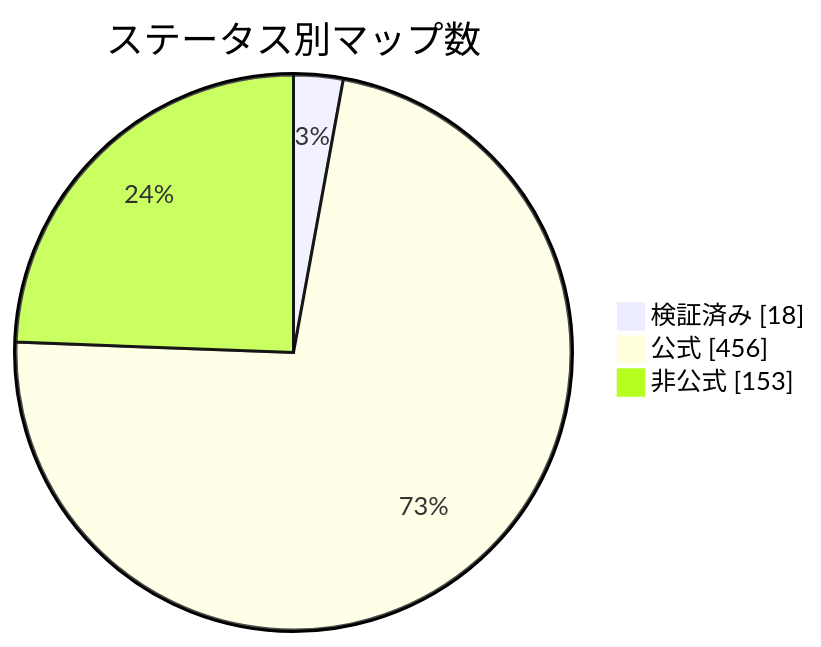
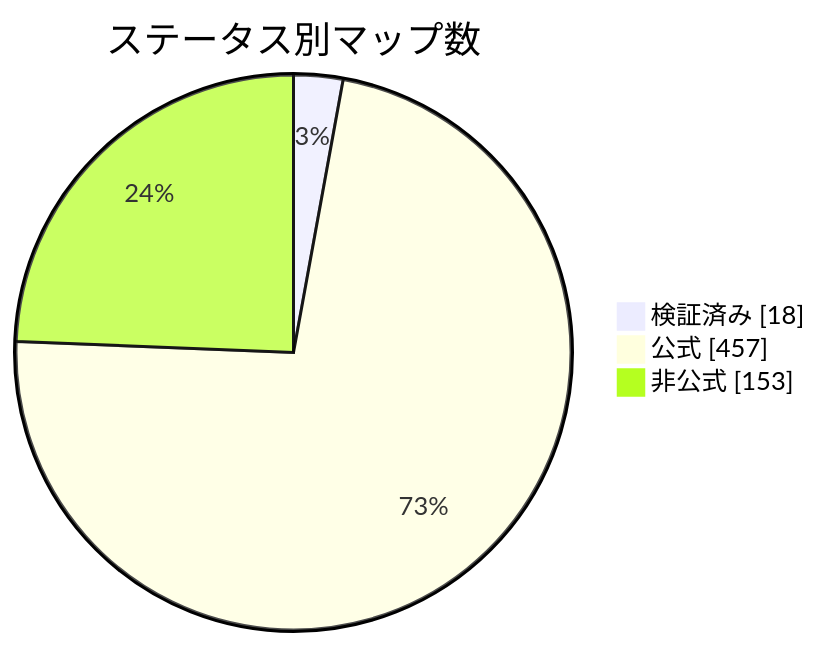
The diagram in docs/readme/README_JP.md (nobrega8/mbmap-library), drawn with Mermaid before and after one commit. The commit also changed 6 other files, not shown here.

````diff
--- a/docs/readme/README_JP.md
+++ b/docs/readme/README_JP.md
@@ -54,7 +54,7 @@
 ```mermaid
 pie showData
     title ステータス別マップ数
     "検証済み" : 18
-    "公式" : 456
+    "公式" : 457
     "非公式" : 153
 ```
````
